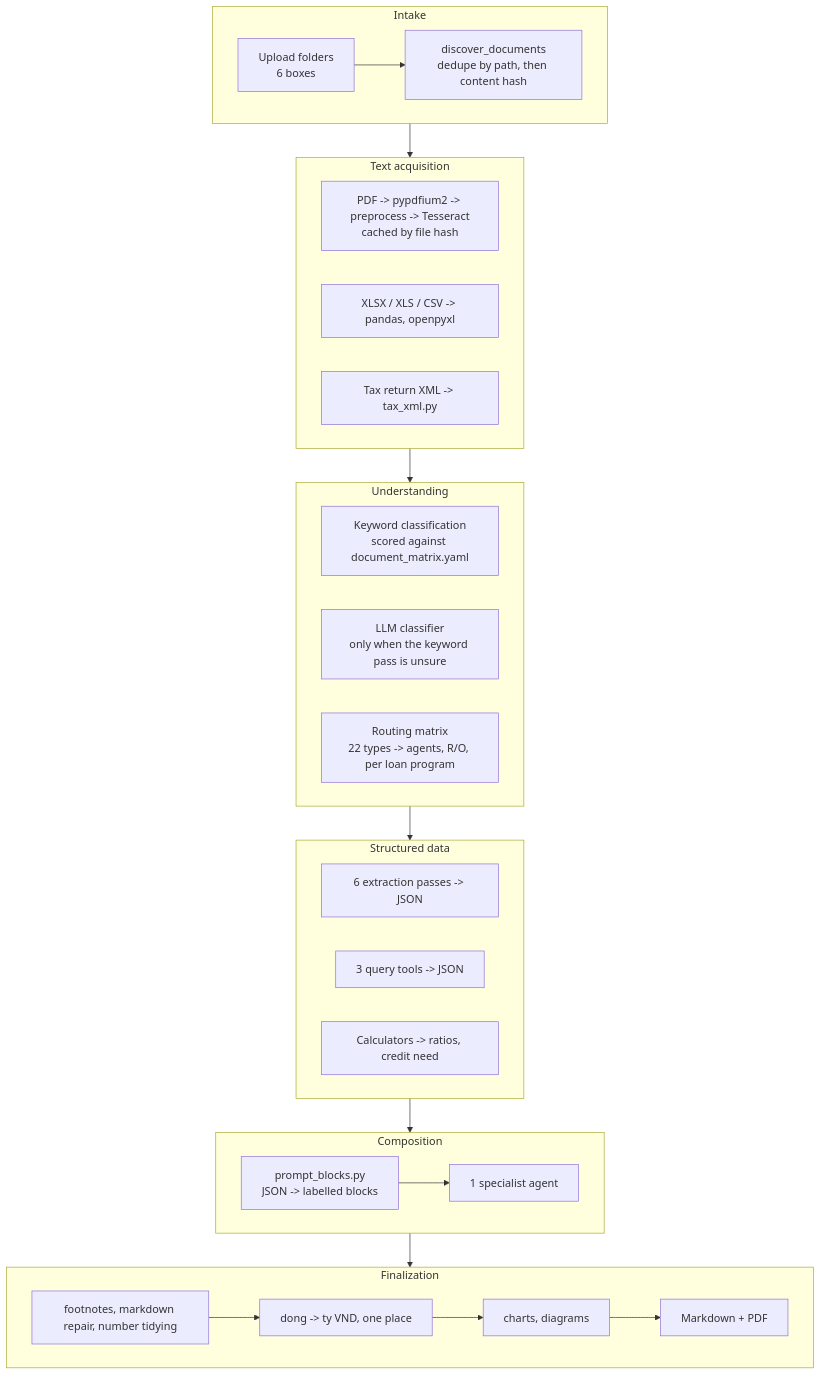
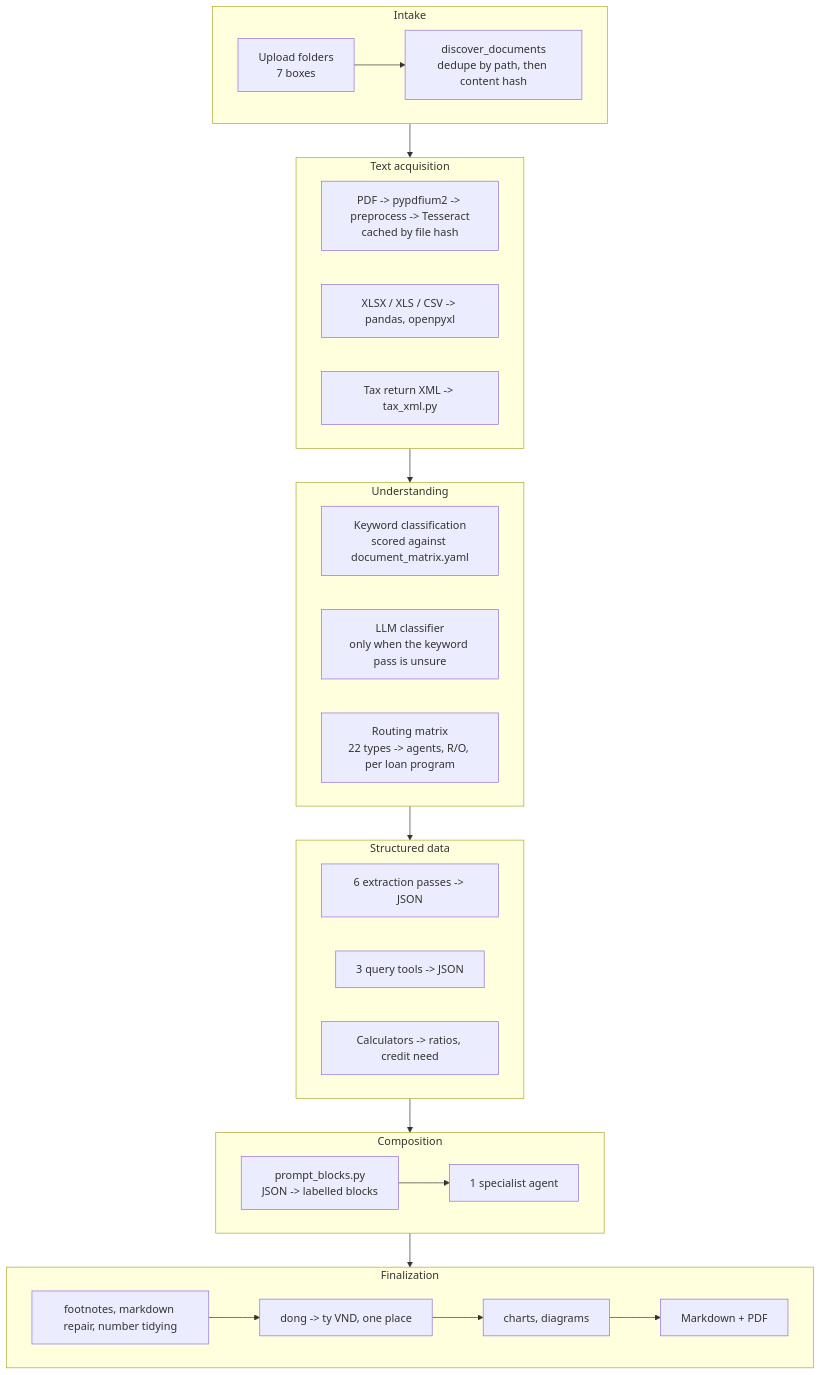
Before and after one commit to hodongtu/SME-creditmemo-multi-agent: the second of 11 diagrams in docs/technical-solution.md, drawn with Mermaid. The commit also changed other lines of this file and 9 other files, not shown here.

````diff
--- a/docs/technical-solution.md
+++ b/docs/technical-solution.md
@@ -121,28 +121,28 @@
 ```mermaid
 flowchart TD
     subgraph L1["Intake"]
-        U1["Upload folders<br/>6 boxes"] --> U2["discover_documents<br/>dedupe by path, then content hash"]
+        U1["Upload folders<br/>7 boxes"] --> U2["discover_documents<br/>dedupe by path, then content hash"]
     end
     subgraph L2["Text acquisition"]
         T1["PDF -> pypdfium2 -> preprocess -> Tesseract<br/>cached by file hash"]
         T2["XLSX / XLS / CSV -> pandas, openpyxl"]
         T3["Tax return XML -> tax_xml.py"]
     end
     subgraph L3["Understanding"]
         C1["Keyword classification<br/>scored against document_matrix.yaml"]
         C2["LLM classifier<br/>only when the keyword pass is unsure"]
         C3["Routing matrix<br/>22 types -> agents, R/O, per loan program"]
     end
     subgraph L4["Structured data"]
         X1["6 extraction passes -> JSON"]
         X2["3 query tools -> JSON"]
         X3["Calculators -> ratios, credit need"]
     end
     subgraph L5["Composition"]
         P1["prompt_blocks.py<br/>JSON -> labelled blocks"] --> P2["1 specialist agent"]
     end
     subgraph L6["Finalization"]
         F1["footnotes, markdown repair, number tidying"] --> F2["dong -> ty VND, one place"] --> F3["charts, diagrams"] --> F4["Markdown + PDF"]
     end
     L1 --> L2 --> L3 --> L4 --> L5 --> L6
 ```
````
